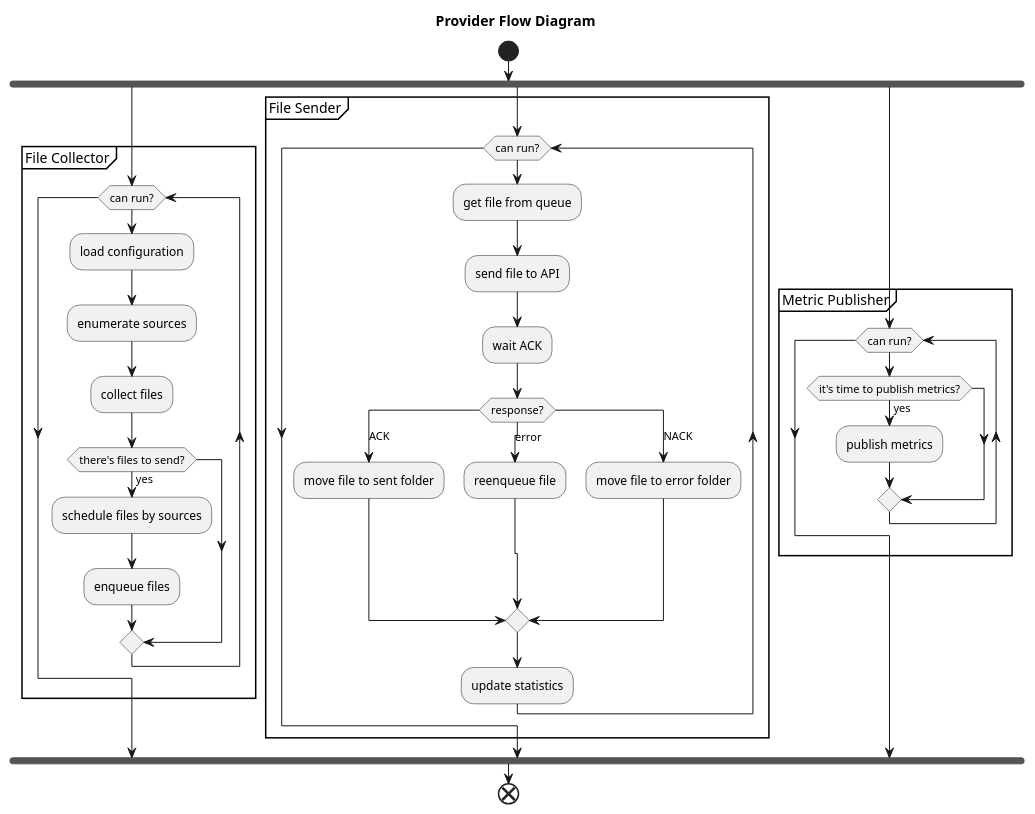
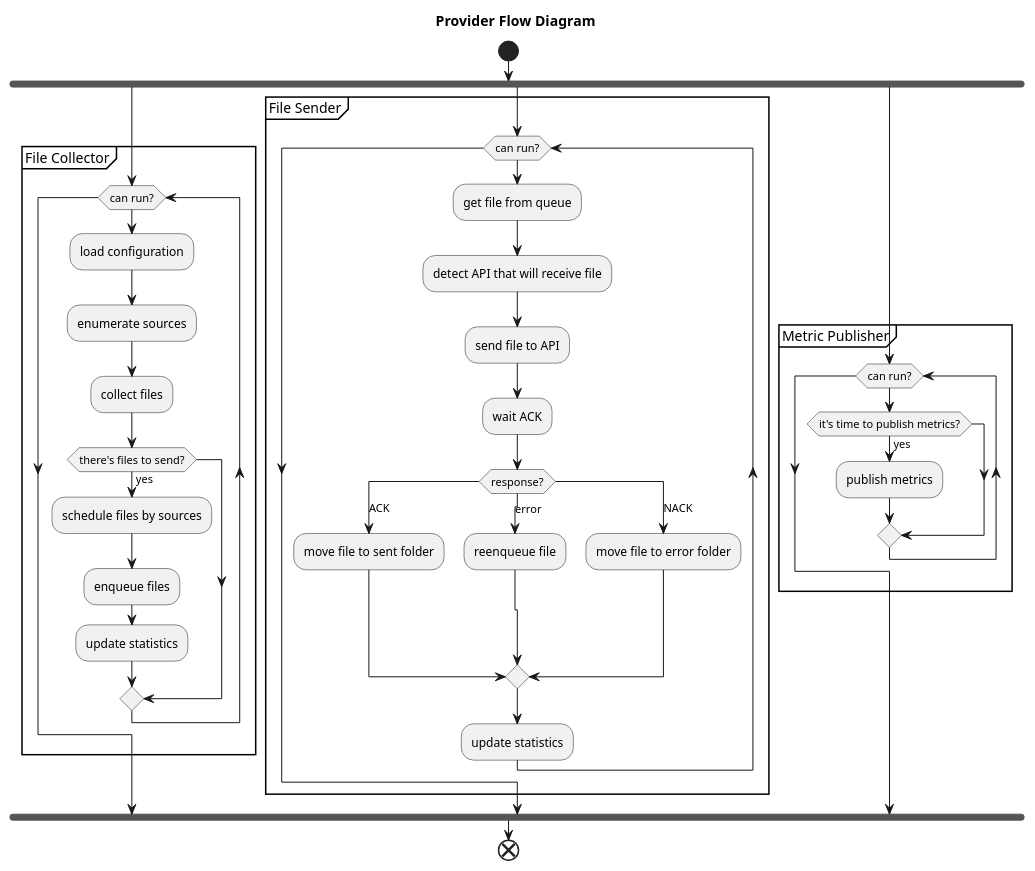
The diagram in palestra/docs/sequence-diagram.puml (guionardo/palestra-case-platform), drawn with PlantUML before and after one commit. The commit also changed 30 other files, not shown here.

```diff
--- a/palestra/docs/sequence-diagram.puml
+++ b/palestra/docs/sequence-diagram.puml
@@ -1,51 +1,53 @@
 @startuml provider-flow
 
 title "Provider Flow Diagram"
 
 start
 
 fork
-    group File Collector
+    group File Collector    
     while (can run?)
         :load configuration;
         :enumerate sources;
         :collect files;
         if (there's files to send?) then (yes)
             :schedule files by sources;
-            :enqueue files;                   
+            :enqueue files;
+            :update statistics;                
         endif
     endwhile
     end group
 
 fork again
     group File Sender
     while (can run?)        
         :get file from queue;
+        :detect API that will receive file;
         :send file to API;
         :wait ACK;
         switch (response?)
             case (ACK)
                 :move file to sent folder;
             case (error)
                 :reenqueue file;
             case (NACK)
                 :move file to error folder;
         endswitch
         :update statistics;
        
     endwhile
     end group
 
 fork again
     group Metric Publisher
         while (can run?)
             if (it's time to publish metrics?) then (yes)
                 :publish metrics;
             endif
         endwhile
     end group
 
 end fork
 
 end
 @enduml
```
